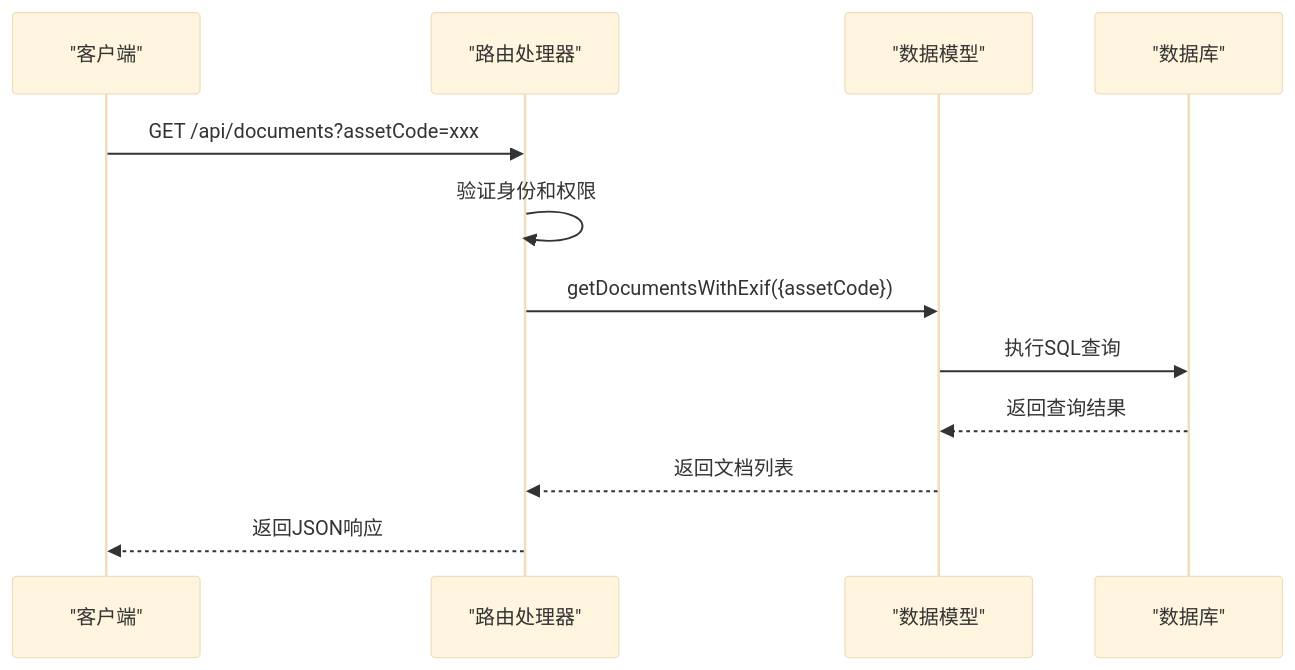
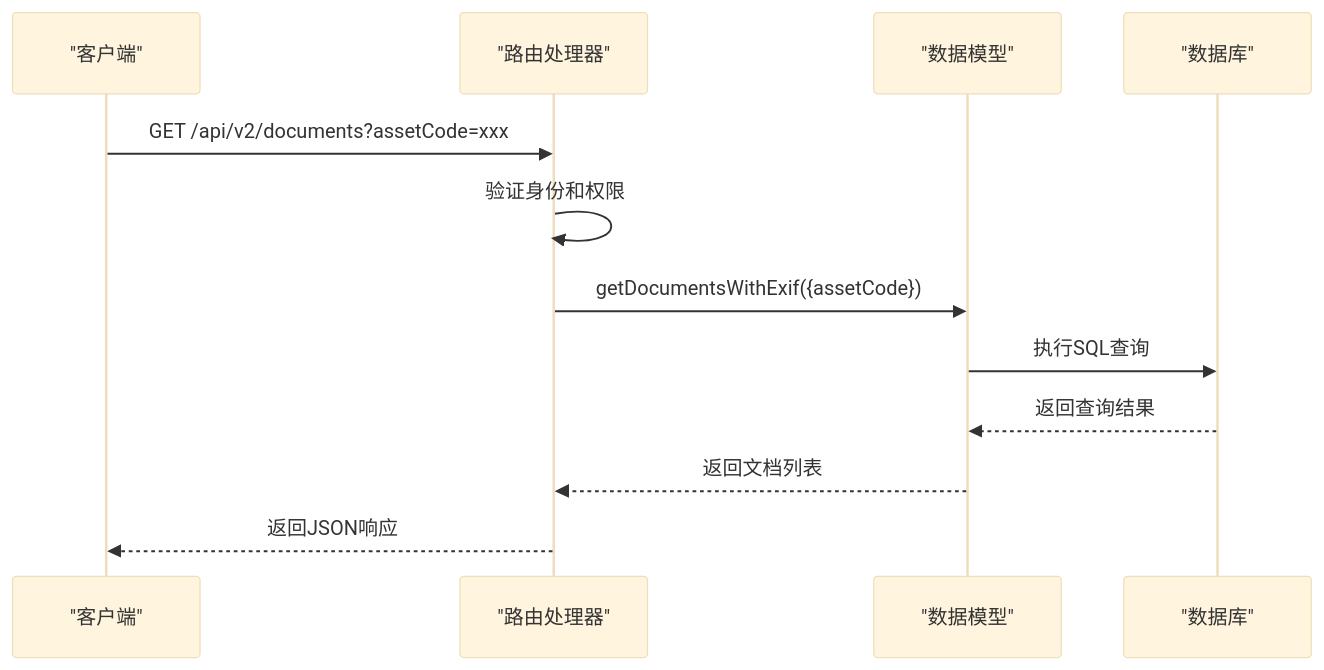
The fifth of 7 diagrams in .qoder/repowiki/zh/content/后端架构/API路由设计/文档管理API/文档管理API.md (ideeinfo/TwinSight), drawn with Mermaid (base theme) before and after one commit. The commit also changed other lines of this file and 7 other files, not shown here.

````diff
--- a/.qoder/repowiki/zh/content/后端架构/API路由设计/文档管理API/文档管理API.md
+++ b/.qoder/repowiki/zh/content/后端架构/API路由设计/文档管理API/文档管理API.md
@@ -166,14 +191,14 @@
 ```mermaid
 sequenceDiagram
 participant Client as "客户端"
 participant Router as "路由处理器"
 participant Model as "数据模型"
 participant DB as "数据库"
-Client->>Router : GET /api/documents?assetCode=xxx
+Client->>Router : GET /api/v2/documents?assetCode=xxx
 Router->>Router : 验证身份和权限
 Router->>Model : getDocumentsWithExif({assetCode})
 Model->>DB : 执行SQL查询
 DB-->>Model : 返回查询结果
 Model-->>Router : 返回文档列表
 Router-->>Client : 返回JSON响应
 ```
````
